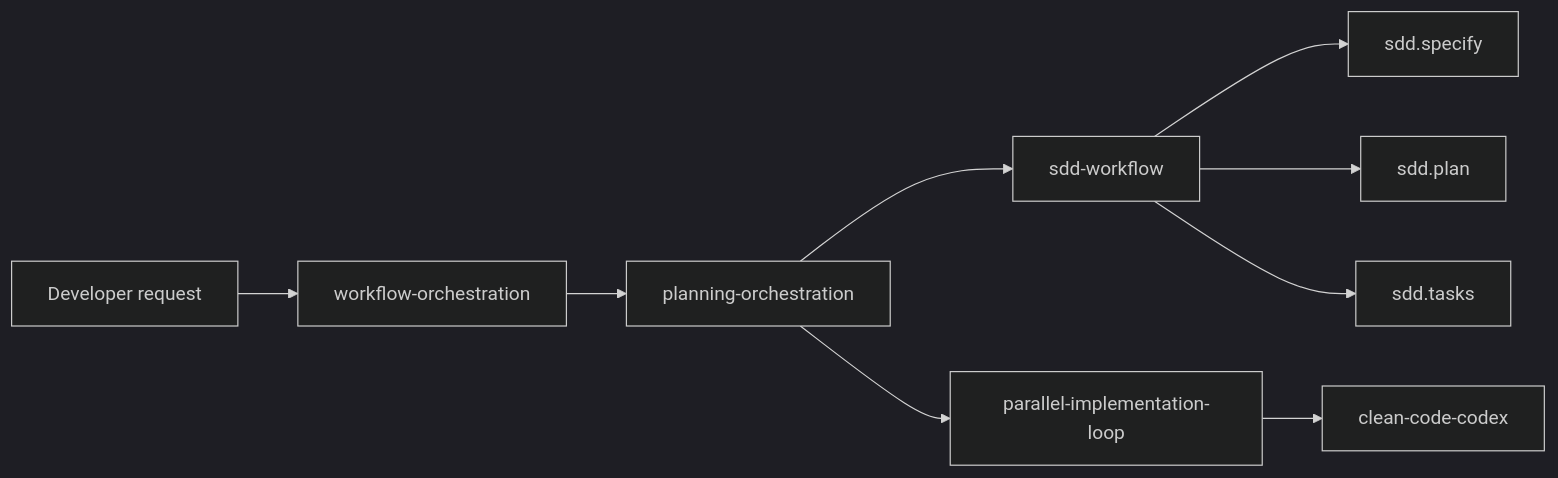
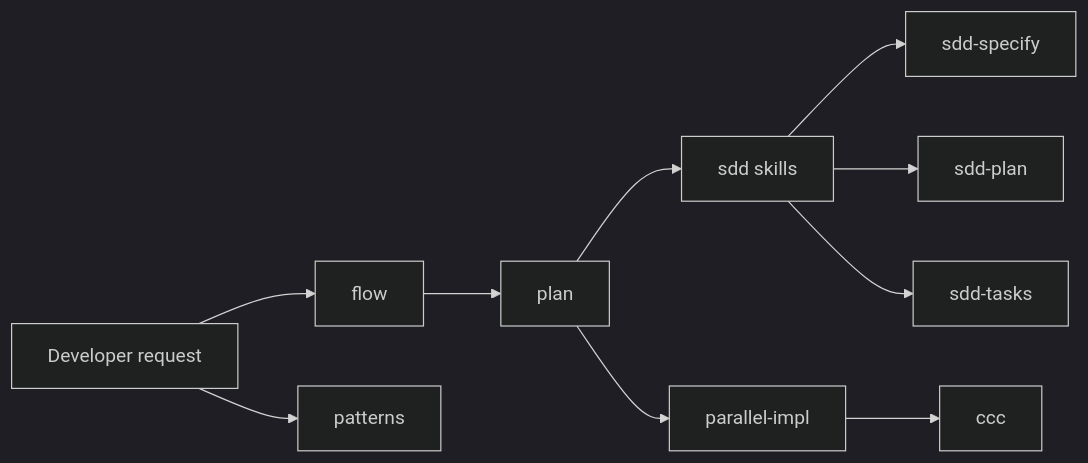
Before and after one commit to mikecubed/agent-orchestration: the diagram in docs/plugin-composition.md, drawn with Mermaid (dark theme). The commit also changed other lines of this file and 222 other files, not shown here.

First line of the commit message:
feat!: v3.0 — shorten plugin names, merge SDD, add patterns plugin (#39)

````diff
--- a/docs/plugin-composition.md
+++ b/docs/plugin-composition.md
@@ -7,21 +7,23 @@
 ```mermaid
 flowchart LR
     USER[Developer request]
-    WO[workflow-orchestration]
-    PLAN[planning-orchestration]
-    SDD[sdd-workflow]
-    CODEX[clean-code-codex]
-    SPEC[sdd.specify]
-    P[sdd.plan]
-    TASKS[sdd.tasks]
-    EXEC[parallel-implementation-loop]
+    FLOW[flow]
+    PLAN[plan]
+    SDD[sdd skills]
+    CCC[ccc]
+    PAT[patterns]
+    SPEC[sdd-specify]
+    P[sdd-plan]
+    TASKS[sdd-tasks]
+    EXEC[parallel-impl]
 
-    USER --> WO
-    WO --> PLAN
+    USER --> FLOW
+    FLOW --> PLAN
     PLAN --> SDD
-    EXEC --> CODEX
+    EXEC --> CCC
     SDD --> SPEC
     SDD --> P
     SDD --> TASKS
     PLAN --> EXEC
+    USER --> PAT
 ```
````
